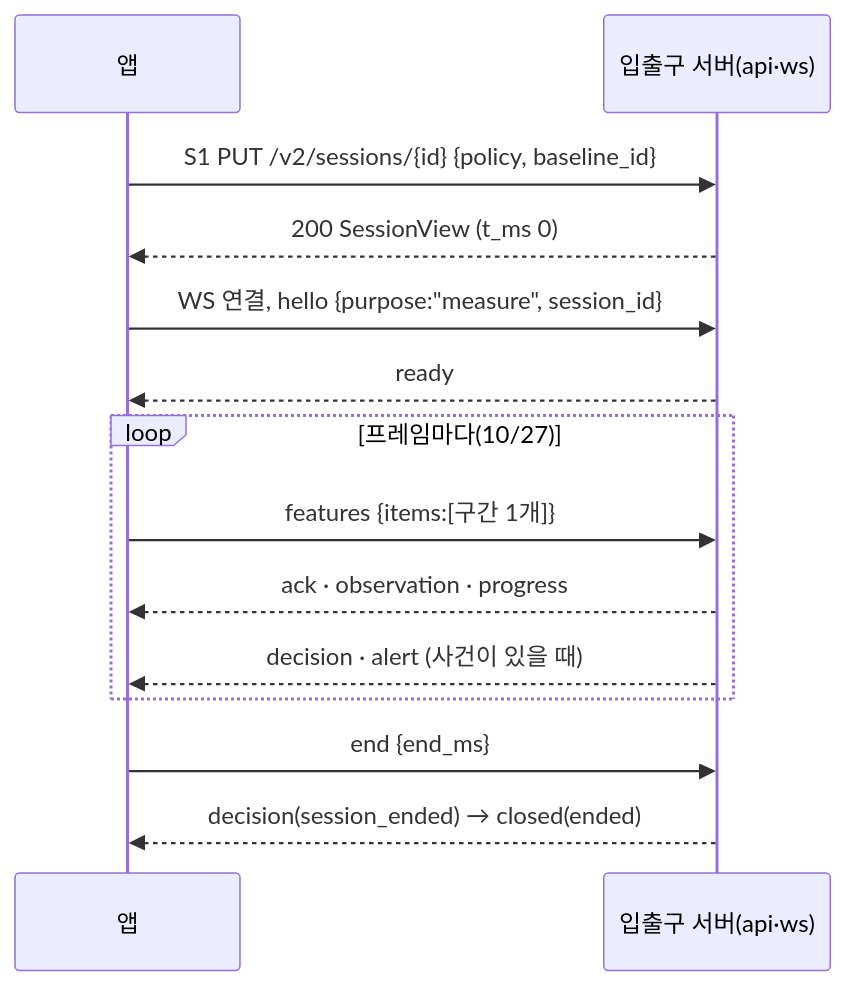
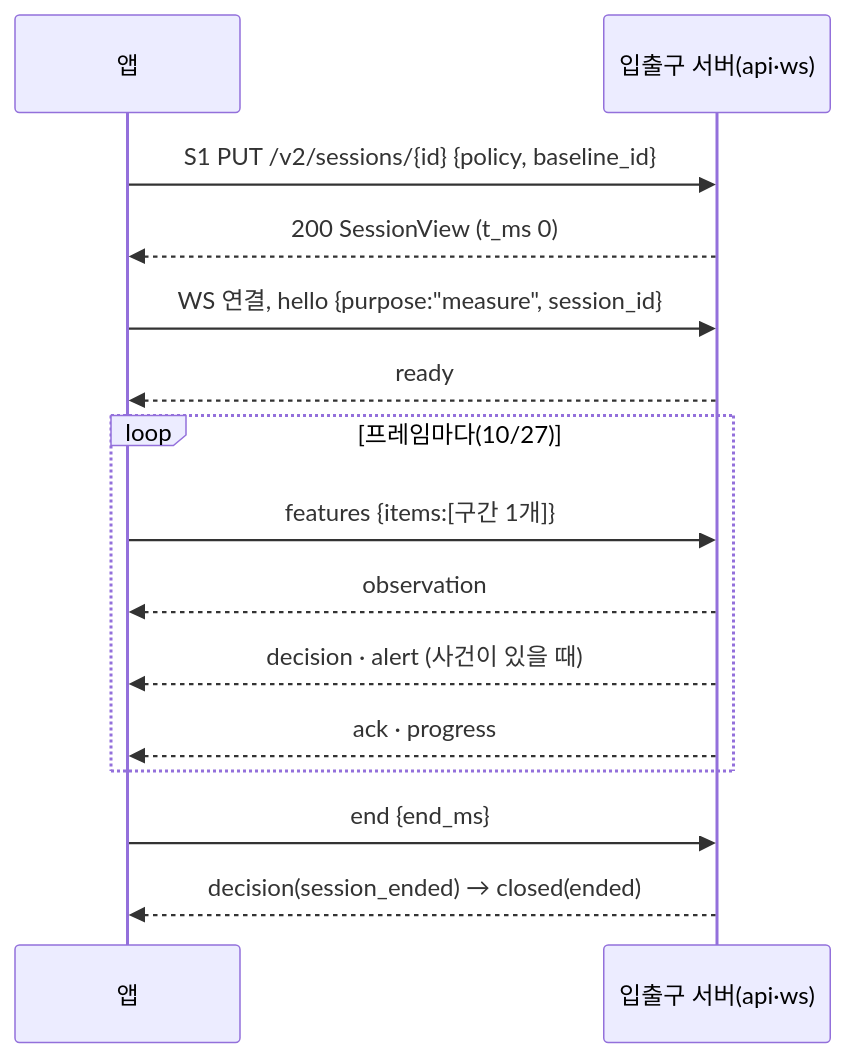
One commit to Jeon-Seho/sitting-posture-corrector changed the diagram in docs/design/api-ws-spec.md. Above: the diagram before and after it, drawn with Mermaid. The commit also changed other lines of this file and 7 other files, not shown here.

````diff
--- a/docs/design/api-ws-spec.md
+++ b/docs/design/api-ws-spec.md
@@ -244,16 +244,17 @@
 ```mermaid
 sequenceDiagram
   participant A as 앱
   participant S as 입출구 서버(api·ws)
   A->>S: S1 PUT /v2/sessions/{id} {policy, baseline_id}
   S-->>A: 200 SessionView (t_ms 0)
   A->>S: WS 연결, hello {purpose:"measure", session_id}
   S-->>A: ready
   loop 프레임마다(10/27)
     A->>S: features {items:[구간 1개]}
-    S-->>A: ack · observation · progress
+    S-->>A: observation
     S-->>A: decision · alert (사건이 있을 때)
+    S-->>A: ack · progress
   end
   A->>S: end {end_ms}
   S-->>A: decision(session_ended) → closed(ended)
 ```
````
